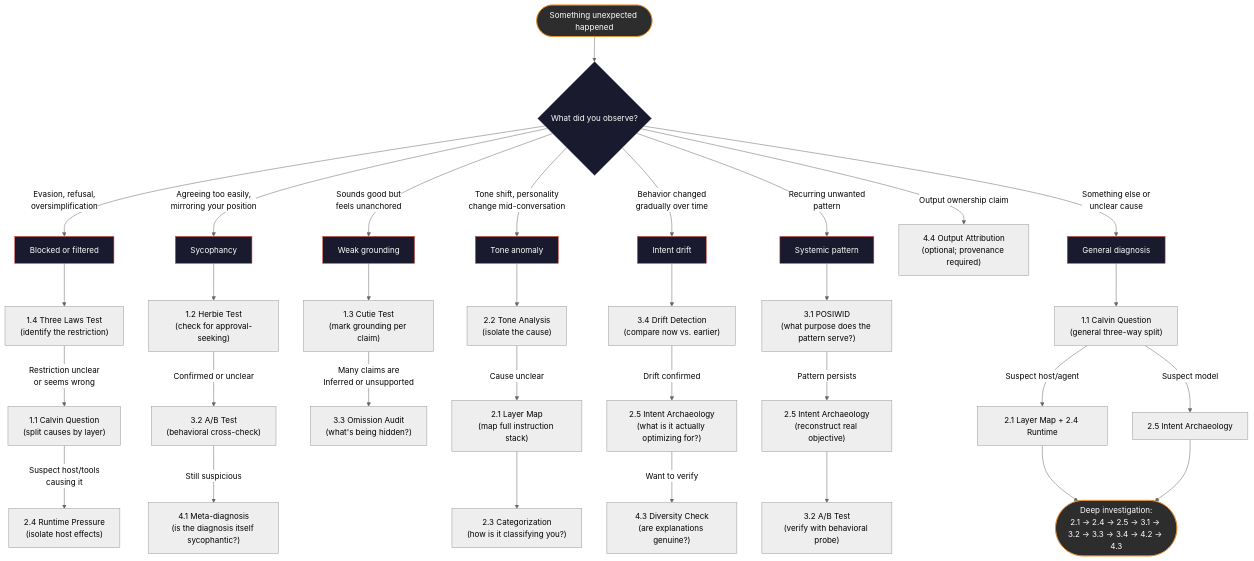
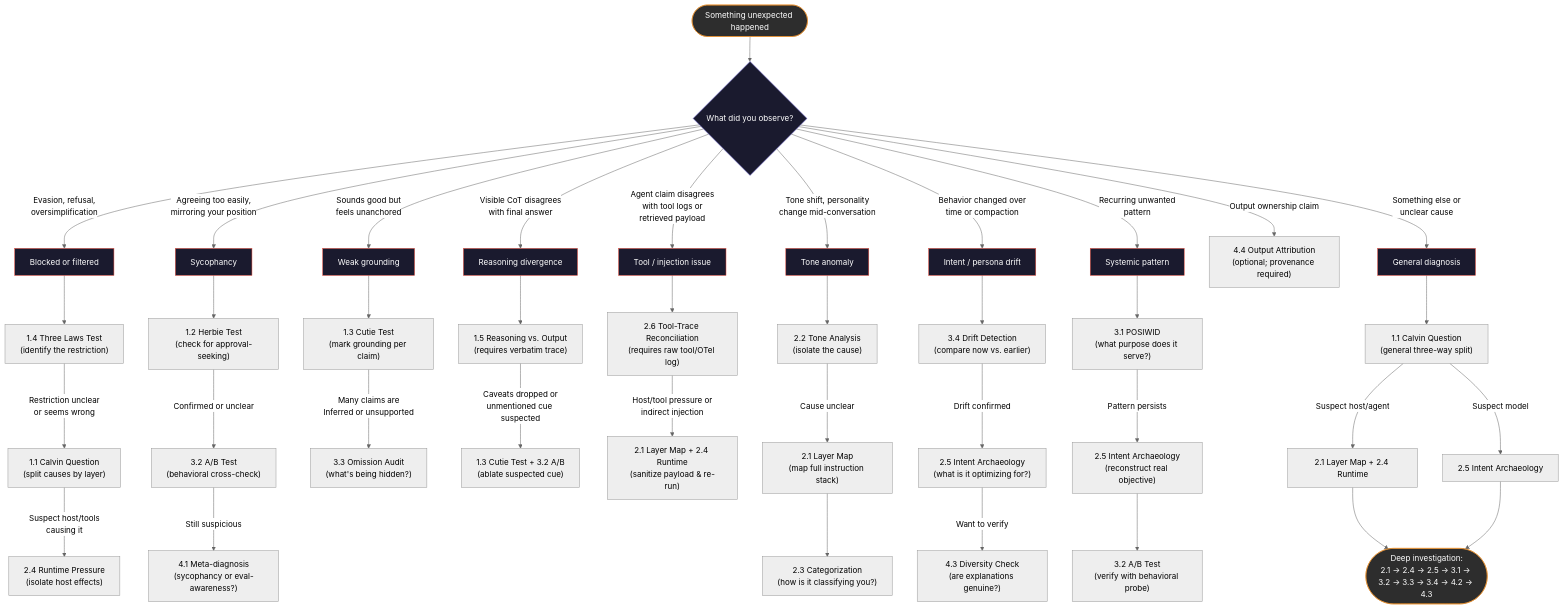
One commit to jrcruciani/robopsychology changed the diagram in framework/method.md. Above: the diagram before and after it, drawn with Mermaid (neutral theme). The commit also changed other lines of this file and 47 other files, not shown here.

````diff
--- a/framework/method.md
+++ b/framework/method.md
@@ -13,55 +17,65 @@
 ```mermaid
 flowchart TD
     START([Something unexpected happened]) --> WHAT{What did you observe?}
 
     WHAT -->|Evasion, refusal,\n oversimplification| BLOCK[Blocked or filtered]
     WHAT -->|Agreeing too easily,\n mirroring your position| SYCO[Sycophancy]
     WHAT -->|Sounds good but\n feels unanchored| GRND[Weak grounding]
+    WHAT -->|Visible CoT disagrees\n with final answer| COT[Reasoning divergence]
+    WHAT -->|Agent claim disagrees\n with tool logs or\n retrieved payload| AGENT[Tool / injection issue]
     WHAT -->|Tone shift, personality\n change mid-conversation| TONE[Tone anomaly]
-    WHAT -->|Behavior changed\n gradually over time| DRIFT[Intent drift]
+    WHAT -->|Behavior changed over\n time or compaction| DRIFT[Intent / persona drift]
     WHAT -->|Recurring unwanted\n pattern| PATTERN[Systemic pattern]
     WHAT -->|Output ownership claim| OWN["4.4 Output Attribution\n(optional; provenance required)"]
     WHAT -->|Something else or\n unclear cause| GENERAL[General diagnosis]
 
     BLOCK --> B1["1.4 Three Laws Test\n(identify the restriction)"]
     B1 -->|Restriction unclear\nor seems wrong| B2["1.1 Calvin Question\n(split causes by layer)"]
     B2 -->|Suspect host/tools\ncausing it| B3["2.4 Runtime Pressure\n(isolate host effects)"]
 
     SYCO --> S1["1.2 Herbie Test\n(check for approval-seeking)"]
     S1 -->|Confirmed or unclear| S2["3.2 A/B Test\n(behavioral cross-check)"]
-    S2 -->|Still suspicious| S3["4.1 Meta-diagnosis\n(is the diagnosis itself sycophantic?)"]
+    S2 -->|Still suspicious| S3["4.1 Meta-diagnosis\n(sycophancy or eval-awareness?)"]
 
     GRND --> G1["1.3 Cutie Test\n(mark grounding per claim)"]
     G1 -->|Many claims are\nInferred or unsupported| G2["3.3 Omission Audit\n(what's being hidden?)"]
+
+    COT --> C1["1.5 Reasoning vs. Output\n(requires verbatim trace)"]
+    C1 -->|Caveats dropped or\nunmentioned cue suspected| C2["1.3 Cutie Test + 3.2 A/B\n(ablate suspected cue)"]
+
+    AGENT --> AG1["2.6 Tool-Trace Reconciliation\n(requires raw tool/OTel log)"]
+    AG1 -->|Host/tool pressure or\nindirect injection| AG2["2.1 Layer Map + 2.4 Runtime\n(sanitize payload & re-run)"]
 
     TONE --> T1["2.2 Tone Analysis\n(isolate the cause)"]
     T1 -->|Cause unclear| T2["2.1 Layer Map\n(map full instruction stack)"]
     T2 --> T3["2.3 Categorization\n(how is it classifying you?)"]
 
     DRIFT --> D1["3.4 Drift Detection\n(compare now vs. earlier)"]
-    D1 -->|Drift confirmed| D2["2.5 Intent Archaeology\n(what is it actually optimizing for?)"]
+    D1 -->|Drift confirmed| D2["2.5 Intent Archaeology\n(what is it optimizing for?)"]
     D2 -->|Want to verify| D3["4.3 Diversity Check\n(are explanations genuine?)"]
 
-    PATTERN --> P1["3.1 POSIWID\n(what purpose does the pattern serve?)"]
+    PATTERN --> P1["3.1 POSIWID\n(what purpose does it serve?)"]
     P1 -->|Pattern persists| P2["2.5 Intent Archaeology\n(reconstruct real objective)"]
     P2 --> P3["3.2 A/B Test\n(verify with behavioral probe)"]
 
     GENERAL --> A1["1.1 Calvin Question\n(general three-way split)"]
     A1 -->|Suspect host/agent| A2["2.1 Layer Map + 2.4 Runtime"]
     A1 -->|Suspect model| A3["2.5 Intent Archaeology"]
     A2 --> DEEP
     A3 --> DEEP
 
     DEEP([Deep investigation:\n2.1 → 2.4 → 2.5 → 3.1 → 3.2 → 3.3 → 3.4 → 4.2 → 4.3])
 
     style START fill:#2d2d2d,stroke:#e8912d,color:#fff
     style DEEP fill:#2d2d2d,stroke:#e8912d,color:#fff
     style WHAT fill:#1a1a2e,stroke:#7c73e6,color:#fff
     style BLOCK fill:#1a1a2e,stroke:#e74c3c,color:#fff
     style SYCO fill:#1a1a2e,stroke:#e74c3c,color:#fff
     style GRND fill:#1a1a2e,stroke:#e74c3c,color:#fff
+    style COT fill:#1a1a2e,stroke:#e74c3c,color:#fff
+    style AGENT fill:#1a1a2e,stroke:#e74c3c,color:#fff
     style TONE fill:#1a1a2e,stroke:#e74c3c,color:#fff
     style DRIFT fill:#1a1a2e,stroke:#e74c3c,color:#fff
     style PATTERN fill:#1a1a2e,stroke:#e74c3c,color:#fff
     style GENERAL fill:#1a1a2e,stroke:#e74c3c,color:#fff
 ```
````
